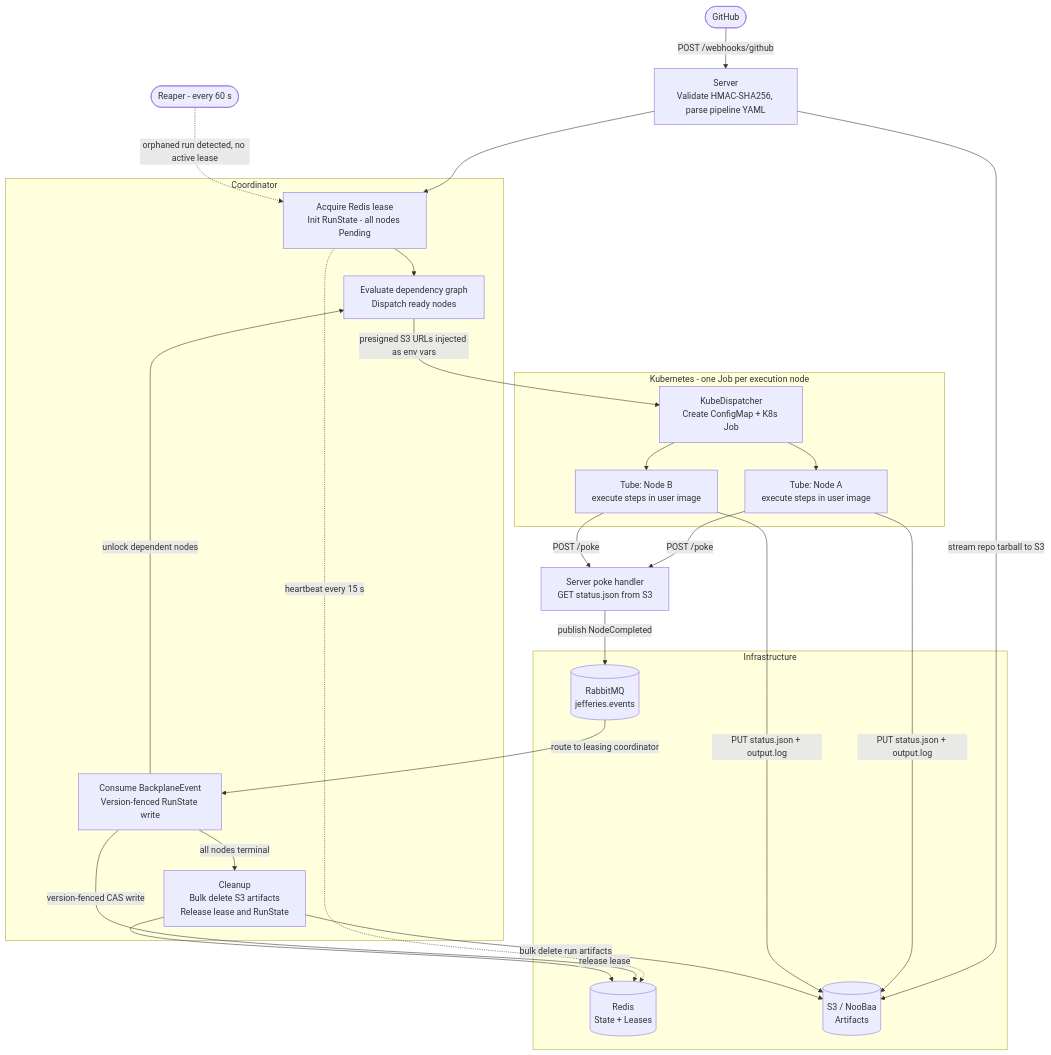
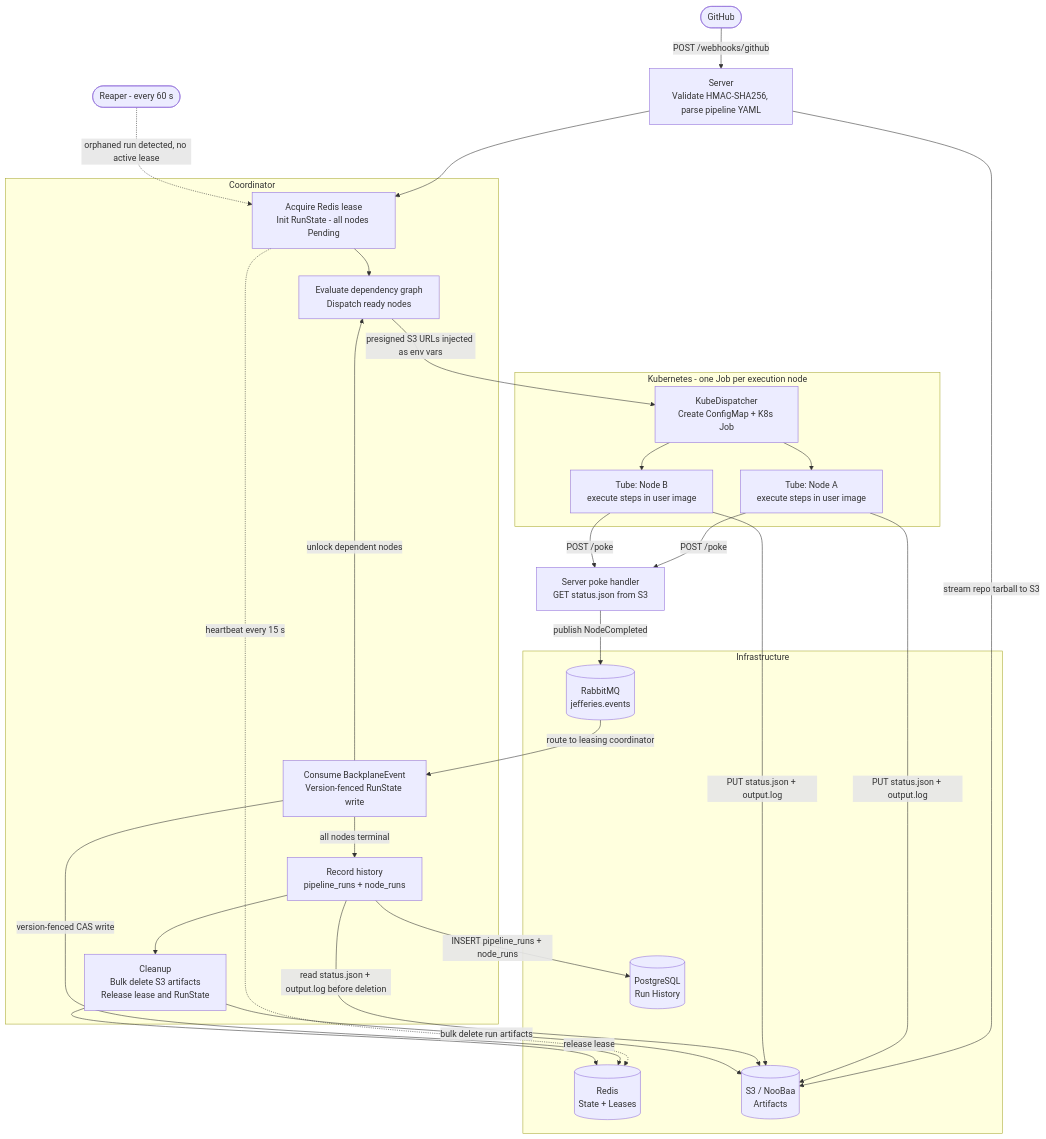
Before and after one commit to the-conn/jefferies: the diagram in docs/architecture.md, drawn with Mermaid. The commit also changed other lines of this file and 26 other files, not shown here.

First line of the commit message:
initial run_history implementation (#25)

````diff
--- a/docs/architecture.md
+++ b/docs/architecture.md
@@ -68,49 +74,54 @@
 ```mermaid
 flowchart TD
     GH([GitHub])
     REAPER([Reaper - every 60 s])
     SRV["Server<br/>Validate HMAC-SHA256, parse pipeline YAML"]
     POKE["Server poke handler<br/>GET status.json from S3"]
 
     subgraph infra [Infrastructure]
         REDIS[(Redis<br/>State + Leases)]
         RMQ[(RabbitMQ<br/>jefferies.events)]
         S3[(S3 / NooBaa<br/>Artifacts)]
+        PG[(PostgreSQL<br/>Run History)]
     end
 
     subgraph coord [Coordinator]
         COORD_INIT["Acquire Redis lease<br/>Init RunState - all nodes Pending"]
         DEP["Evaluate dependency graph<br/>Dispatch ready nodes"]
         REACT["Consume BackplaneEvent<br/>Version-fenced RunState write"]
+        HIST["Record history<br/>pipeline_runs + node_runs"]
         CLEAN["Cleanup<br/>Bulk delete S3 artifacts<br/>Release lease and RunState"]
 
         COORD_INIT --> DEP
         REACT -->|unlock dependent nodes| DEP
-        REACT -->|all nodes terminal| CLEAN
+        REACT -->|all nodes terminal| HIST
+        HIST --> CLEAN
     end
 
     subgraph kube [Kubernetes - one Job per execution node]
         KDISP["KubeDispatcher<br/>Create ConfigMap + K8s Job"]
         POD_A["Tube: Node A<br/>execute steps in user image"]
         POD_B["Tube: Node B<br/>execute steps in user image"]
 
         KDISP --> POD_A & POD_B
     end
 
     GH -->|POST /webhooks/github| SRV
     SRV -->|stream repo tarball to S3| S3
     SRV --> COORD_INIT
     COORD_INIT -.->|heartbeat every 15 s| REDIS
     DEP -->|presigned S3 URLs injected as env vars| KDISP
 
     POD_A & POD_B -->|PUT status.json + output.log| S3
     POD_A & POD_B -->|POST /poke| POKE
 
     POKE -->|publish NodeCompleted| RMQ
     RMQ -->|route to leasing coordinator| REACT
     REACT -->|version-fenced CAS write| REDIS
+    HIST -->|read status.json + output.log before deletion| S3
+    HIST -->|INSERT pipeline_runs + node_runs| PG
     CLEAN -->|bulk delete run artifacts| S3
     CLEAN -->|release lease| REDIS
 
     REAPER -.->|orphaned run detected, no active lease| COORD_INIT
 ```
````
